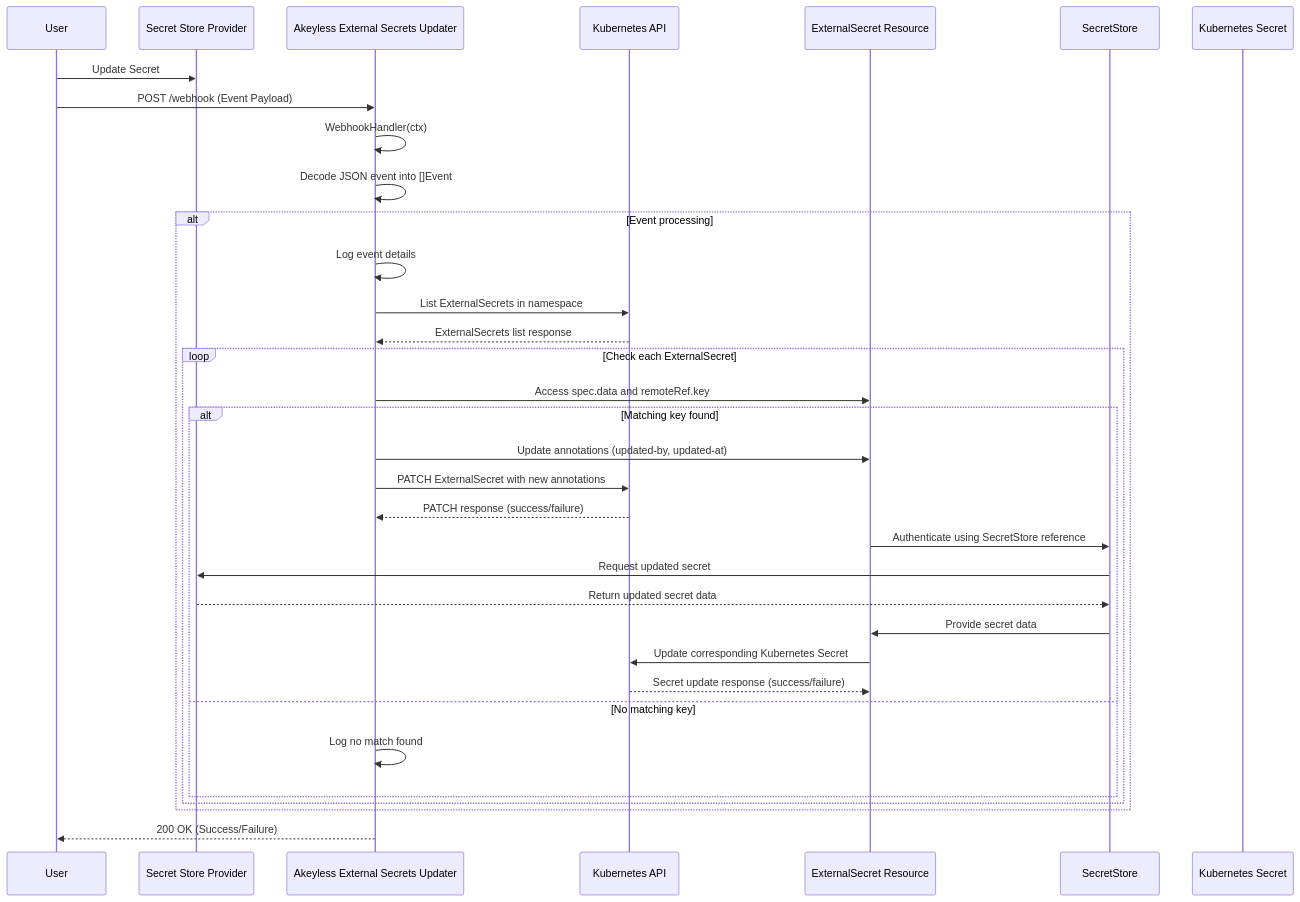
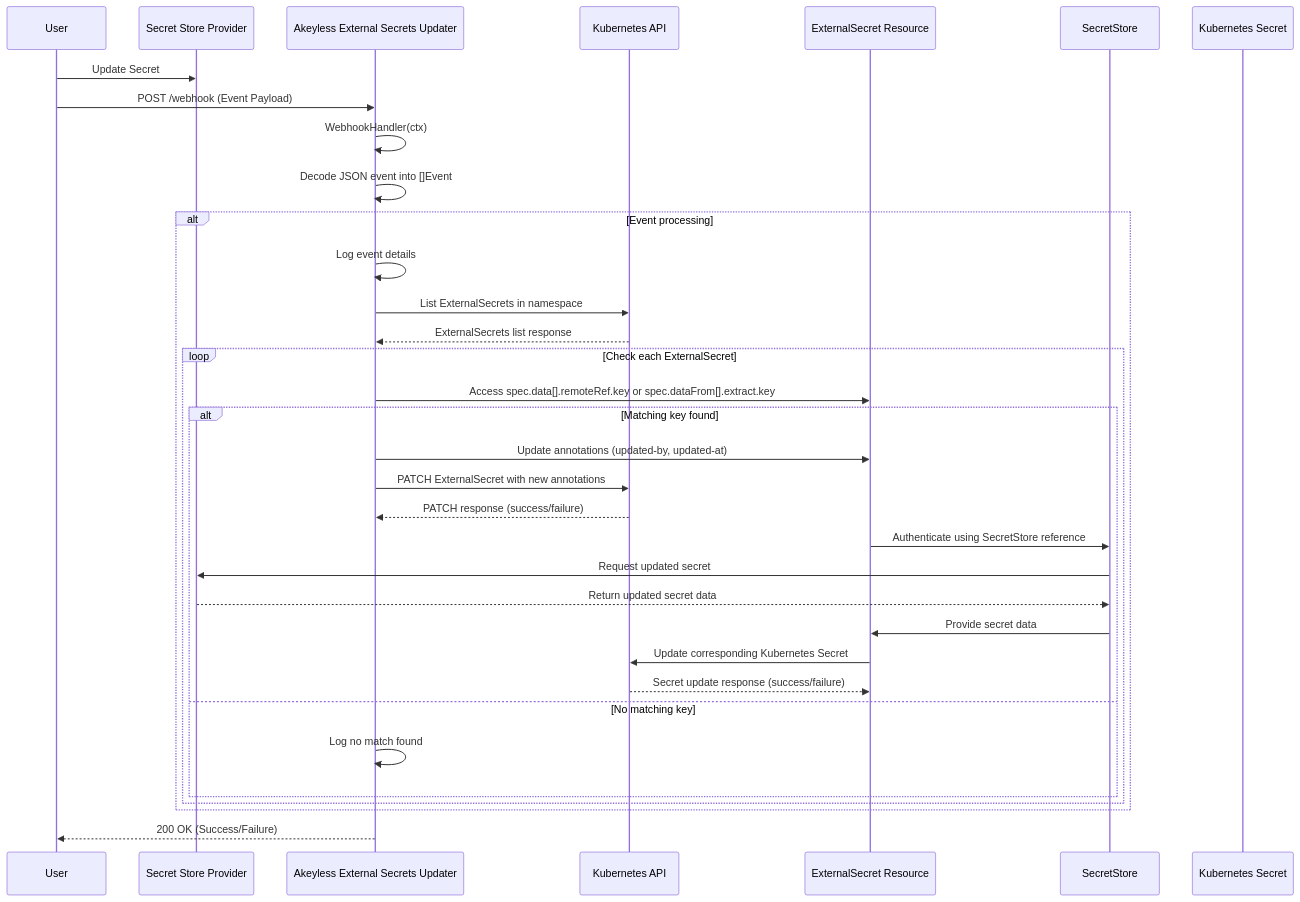
Before and after one commit to akeyless-community/akeyless-eso-webhook-trigger: the diagram in README.md, drawn with Mermaid. The commit also changed 1 other file, not shown here.

Commit message:
feat: add ability to map to dataFrom property

````diff
--- a/README.md
+++ b/README.md
@@ -149,37 +149,37 @@
 ```mermaid
 sequenceDiagram
     participant User as User
     participant SecretProvider as Secret Store Provider
     participant EsoUpdater as Akeyless External Secrets Updater
     participant KubeAPI as Kubernetes API
     participant ExternalSecret as ExternalSecret Resource
     participant SecretStore as SecretStore
     participant K8sSecret as Kubernetes Secret
 
     User ->> SecretProvider: Update Secret
     User ->> EsoUpdater: POST /webhook (Event Payload)
     EsoUpdater ->> EsoUpdater: WebhookHandler(ctx)
     EsoUpdater ->> EsoUpdater: Decode JSON event into []Event
     alt Event processing
         EsoUpdater ->> EsoUpdater: Log event details
         EsoUpdater ->> KubeAPI: List ExternalSecrets in namespace
         KubeAPI -->> EsoUpdater: ExternalSecrets list response
         loop Check each ExternalSecret
-            EsoUpdater ->> ExternalSecret: Access spec.data and remoteRef.key
+            EsoUpdater ->> ExternalSecret: Access spec.data[].remoteRef.key or spec.dataFrom[].extract.key
             alt Matching key found
                 EsoUpdater ->> ExternalSecret: Update annotations (updated-by, updated-at)
                 EsoUpdater ->> KubeAPI: PATCH ExternalSecret with new annotations
                 KubeAPI -->> EsoUpdater: PATCH response (success/failure)
                 ExternalSecret ->> SecretStore: Authenticate using SecretStore reference
                 SecretStore ->> SecretProvider: Request updated secret
                 SecretProvider -->> SecretStore: Return updated secret data
                 SecretStore ->> ExternalSecret: Provide secret data
                 ExternalSecret ->> KubeAPI: Update corresponding Kubernetes Secret
                 KubeAPI -->> ExternalSecret: Secret update response (success/failure)
             else No matching key
                 EsoUpdater ->> EsoUpdater: Log no match found
             end
         end
     end
     EsoUpdater -->> User: 200 OK (Success/Failure)
 ```
````
